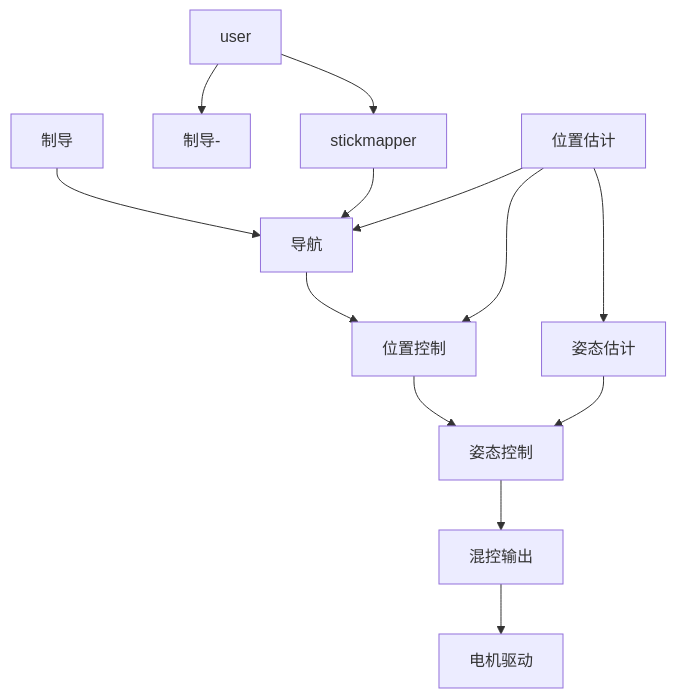
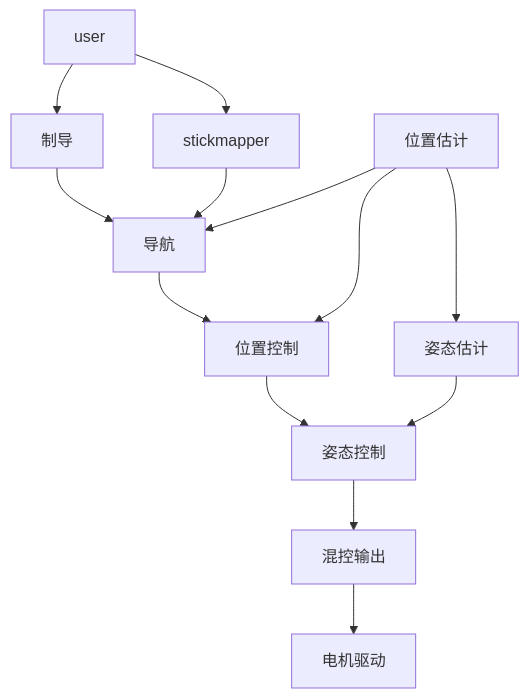
Before and after one commit to FantasyJXF/Translation: the first of 2 diagrams in 2_Concepts/architctural_overview.md, drawn with Mermaid. The commit also changed other lines of this file and 5 other files, not shown here.

```diff
--- a/2_Concepts/architctural_overview.md
+++ b/2_Concepts/architctural_overview.md
@@ -24,15 +24,15 @@
 {% mermaid %}
 graph TD;
   制导-->导航;
-  user-->制导-;
+  user-->制导;
   user-->stickmapper;
   stickmapper-->导航;
   导航-->位置控制
   位置控制-->姿态控制;
   姿态控制-->混控输出;
   位置估计-->位置控制;
   位置估计-->导航;
   位置估计-->姿态估计;
   姿态估计-->姿态控制;
   混控输出-->电机驱动;
 {% endmermaid %}
```
